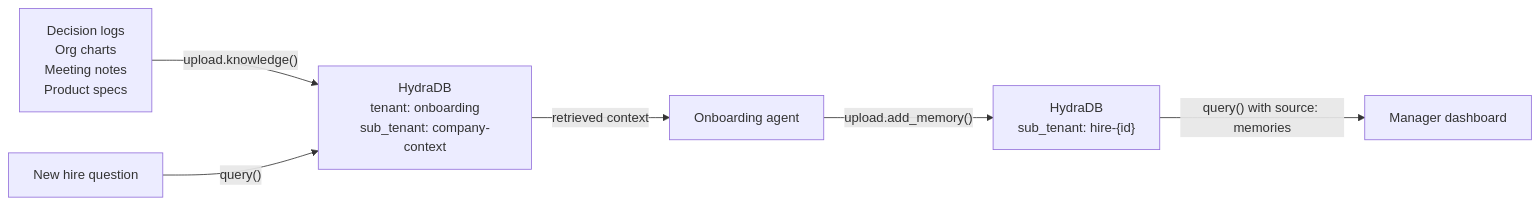
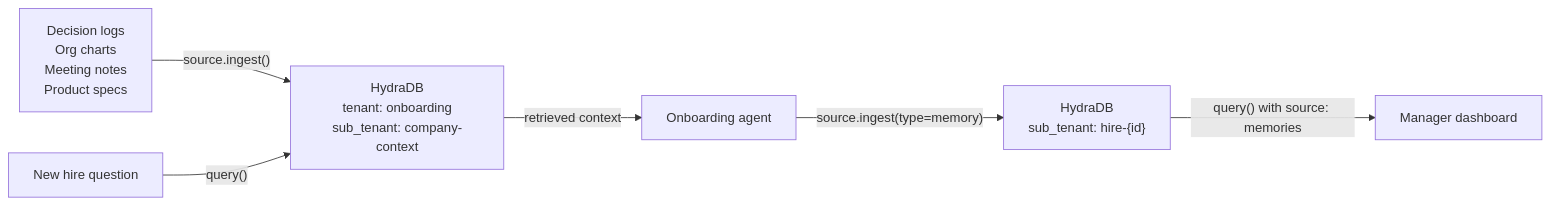
Before and after one commit to rupamghosh2006/mintlify-docs: the diagram in cookbooks/v2/ai-onboarding-agent.mdx, drawn with Mermaid. The commit also changed other lines of this file and 5 other files, not shown here.

````diff
--- a/cookbooks/v2/ai-onboarding-agent.mdx
+++ b/cookbooks/v2/ai-onboarding-agent.mdx
@@ -29,8 +29,8 @@
 ```mermaid
 graph LR
-    A["Decision logs<br/>Org charts<br/>Meeting notes<br/>Product specs"] -->|"upload.knowledge()"| B["HydraDB<br/>tenant: onboarding<br/>sub_tenant: company-context"]
+    A["Decision logs<br/>Org charts<br/>Meeting notes<br/>Product specs"] -->|"source.ingest()"| B["HydraDB<br/>tenant: onboarding<br/>sub_tenant: company-context"]
     C["New hire question"] -->|"query()"| B
     B -->|"retrieved context"| D["Onboarding agent"]
-    D -->|"upload.add_memory()"| E["HydraDB<br/>sub_tenant: hire-{id}"]
+    D -->|"source.ingest(type=memory)"| E["HydraDB<br/>sub_tenant: hire-{id}"]
     E -->|"query() with source: memories"| F["Manager dashboard"]
 ```
````
